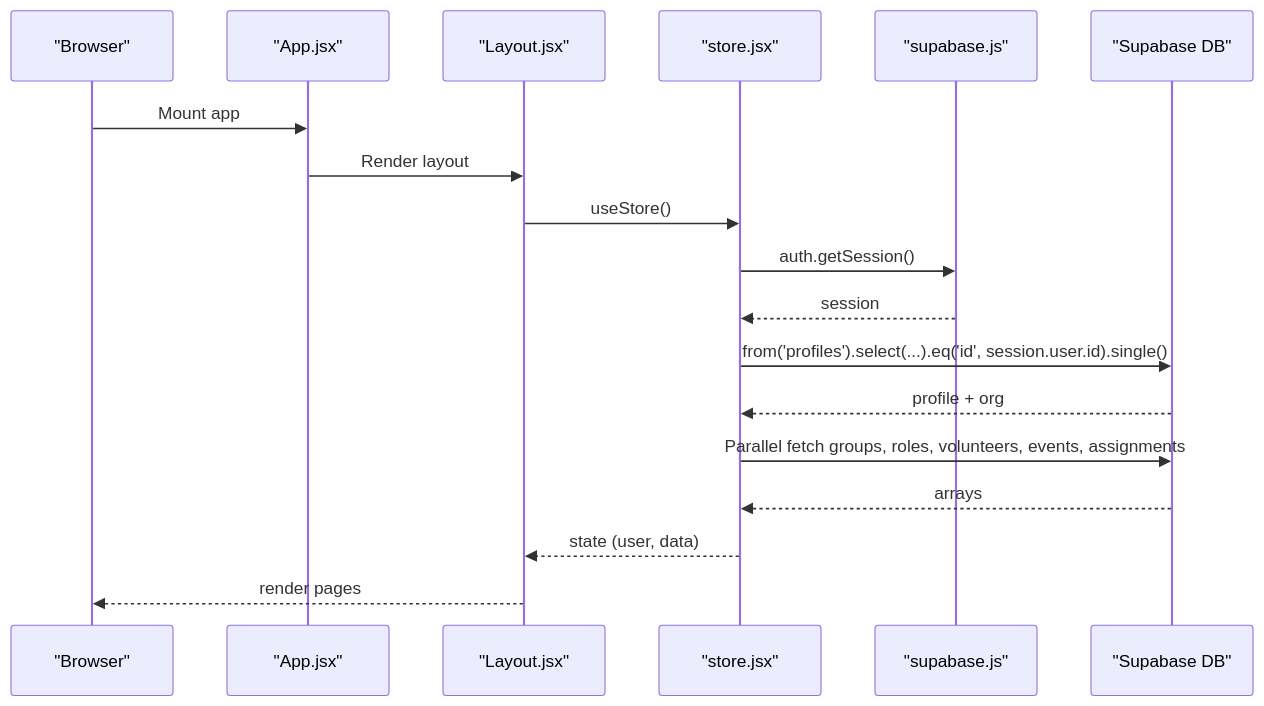
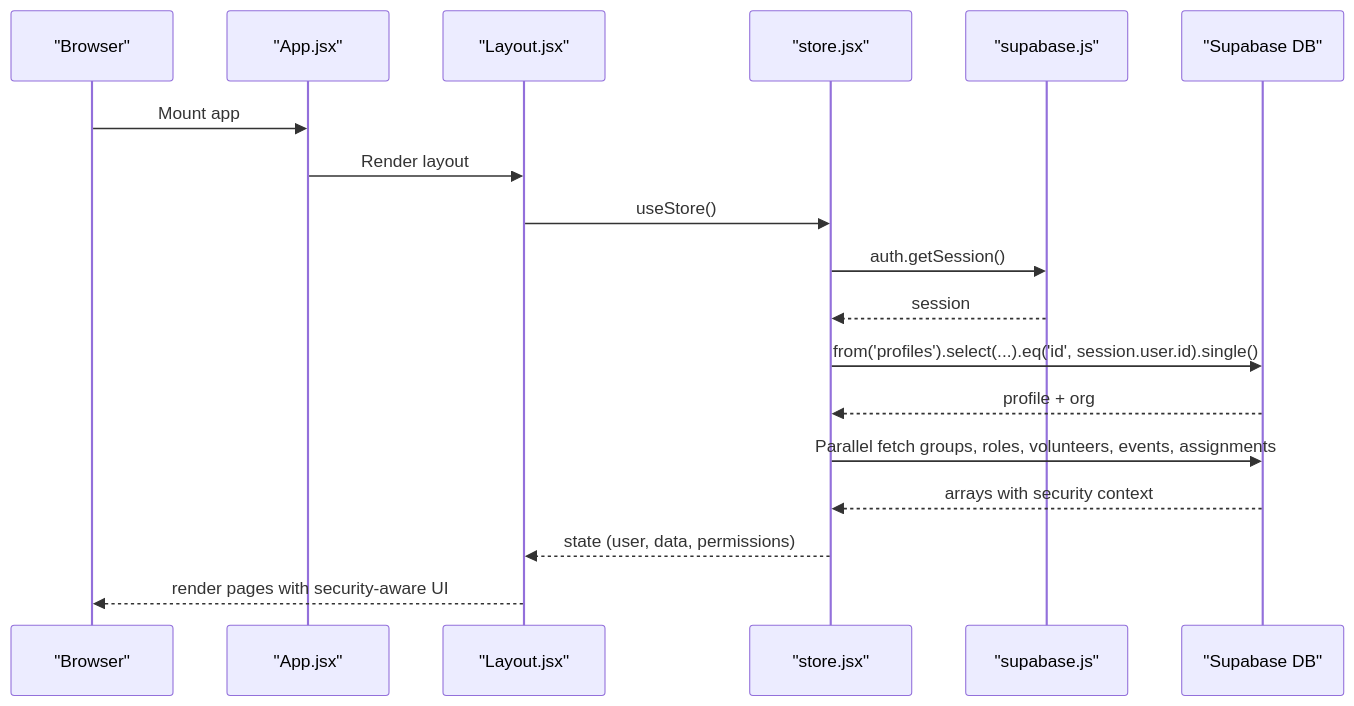
The second of 8 diagrams in .qoder/repowiki/en/content/API Reference/Database API/Database API.md (netdaniel/serveflow), drawn with Mermaid before and after one commit. The commit also changed other lines of this file and 15 other files, not shown here.

````diff
--- a/.qoder/repowiki/en/content/API Reference/Database API/Database API.md
+++ b/.qoder/repowiki/en/content/API Reference/Database API/Database API.md
@@ -93,20 +109,20 @@
 ```mermaid
 sequenceDiagram
 participant Browser as "Browser"
 participant App as "App.jsx"
 participant Layout as "Layout.jsx"
 participant Store as "store.jsx"
 participant Supabase as "supabase.js"
 participant DB as "Supabase DB"
 Browser->>App : Mount app
 App->>Layout : Render layout
 Layout->>Store : useStore()
 Store->>Supabase : auth.getSession()
 Supabase-->>Store : session
 Store->>DB : from('profiles').select(...).eq('id', session.user.id).single()
 DB-->>Store : profile + org
 Store->>DB : Parallel fetch groups, roles, volunteers, events, assignments
-DB-->>Store : arrays
-Store-->>Layout : state (user, data)
-Layout-->>Browser : render pages
+DB-->>Store : arrays with security context
+Store-->>Layout : state (user, data, permissions)
+Layout-->>Browser : render pages with security-aware UI
 ```
````
